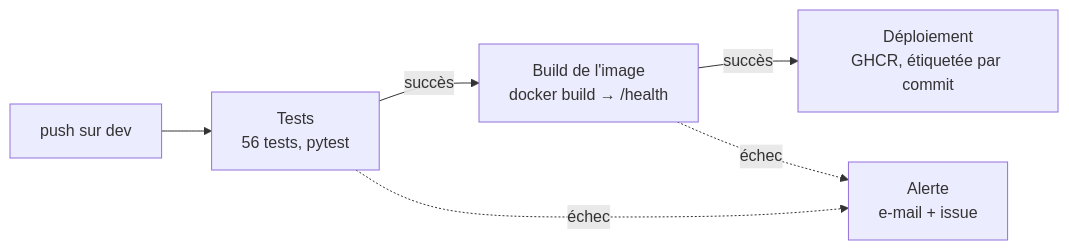
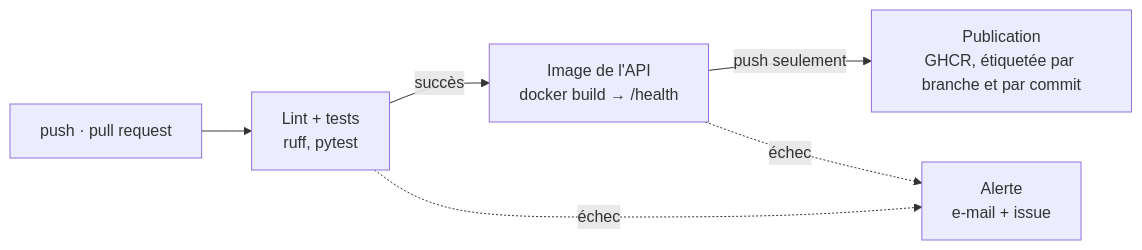
Before and after one commit to to-haladjian/OC_projet_DS_12: the diagram in README.md, drawn with Mermaid. The commit also changed other lines of this file and 46 other files, not shown here.

````diff
--- a/README.md
+++ b/README.md
@@ -337,10 +262,10 @@
 ```mermaid
 flowchart LR
-    push["push sur dev"] --> tests
-    tests["Tests<br/>56 tests, pytest"] -->|succès| image
-    image["Build de l'image<br/>docker build → /health"] -->|succès| publication
-    publication["Déploiement<br/>GHCR, étiquetée par commit"]
+    evt["push · pull request"] --> tests
+    tests["Lint + tests<br/>ruff, pytest"] -->|succès| image
+    image["Image de l'API<br/>docker build → /health"] -->|push seulement| publication
+    publication["Publication<br/>GHCR, étiquetée par branche et par commit"]
     tests -. échec .-> alerte
     image -. échec .-> alerte
     alerte["Alerte<br/>e-mail + issue"]
 ```
````
